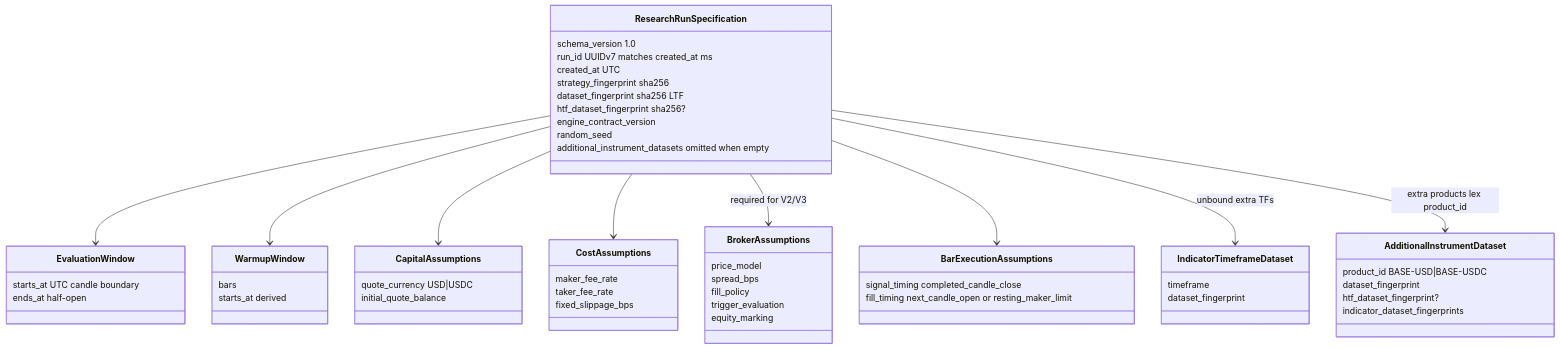
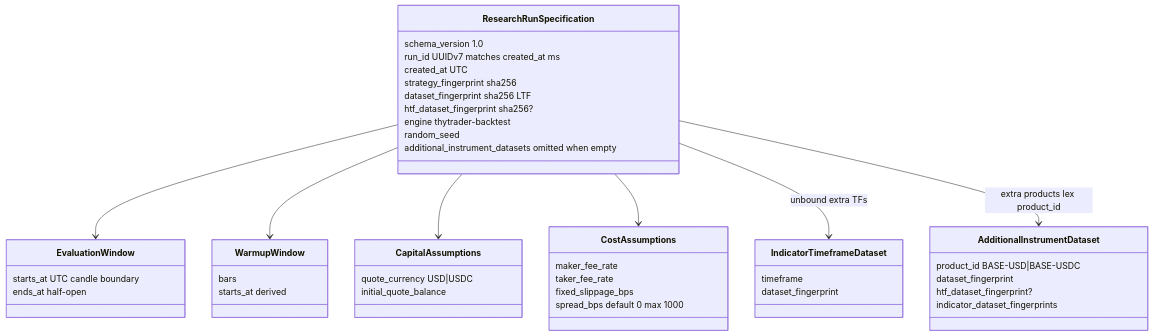
The first of 2 diagrams in docs/architecture/contracts/research-run.md (Zoltesh/thytrader), drawn with Mermaid before and after one commit. The commit also changed other lines of this file and 125 other files, not shown here.

````diff
--- a/docs/architecture/contracts/research-run.md
+++ b/docs/architecture/contracts/research-run.md
@@ -11,60 +14,48 @@
 ```mermaid
 classDiagram
   class ResearchRunSpecification {
     schema_version 1.0
     run_id UUIDv7 matches created_at ms
     created_at UTC
     strategy_fingerprint sha256
     dataset_fingerprint sha256 LTF
     htf_dataset_fingerprint sha256?
-    engine_contract_version
+    engine thytrader-backtest
     random_seed
     additional_instrument_datasets omitted when empty
   }
   class EvaluationWindow {
     starts_at UTC candle boundary
     ends_at half-open
   }
   class WarmupWindow {
     bars
     starts_at derived
   }
   class CapitalAssumptions {
     quote_currency USD|USDC
     initial_quote_balance
   }
   class CostAssumptions {
     maker_fee_rate
     taker_fee_rate
     fixed_slippage_bps
-  }
-  class BrokerAssumptions {
-    price_model
-    spread_bps
-    fill_policy
-    trigger_evaluation
-    equity_marking
-  }
-  class BarExecutionAssumptions {
-    signal_timing completed_candle_close
-    fill_timing next_candle_open or resting_maker_limit
+    spread_bps default 0 max 1000
   }
   class IndicatorTimeframeDataset {
     timeframe
     dataset_fingerprint
   }
   class AdditionalInstrumentDataset {
     product_id BASE-USD|BASE-USDC
     dataset_fingerprint
     htf_dataset_fingerprint?
     indicator_dataset_fingerprints
   }
   ResearchRunSpecification --> EvaluationWindow
   ResearchRunSpecification --> WarmupWindow
   ResearchRunSpecification --> CapitalAssumptions
   ResearchRunSpecification --> CostAssumptions
-  ResearchRunSpecification --> BrokerAssumptions : required for V2/V3
-  ResearchRunSpecification --> BarExecutionAssumptions
   ResearchRunSpecification --> IndicatorTimeframeDataset : unbound extra TFs
   ResearchRunSpecification --> AdditionalInstrumentDataset : extra products lex product_id
 ```
````
